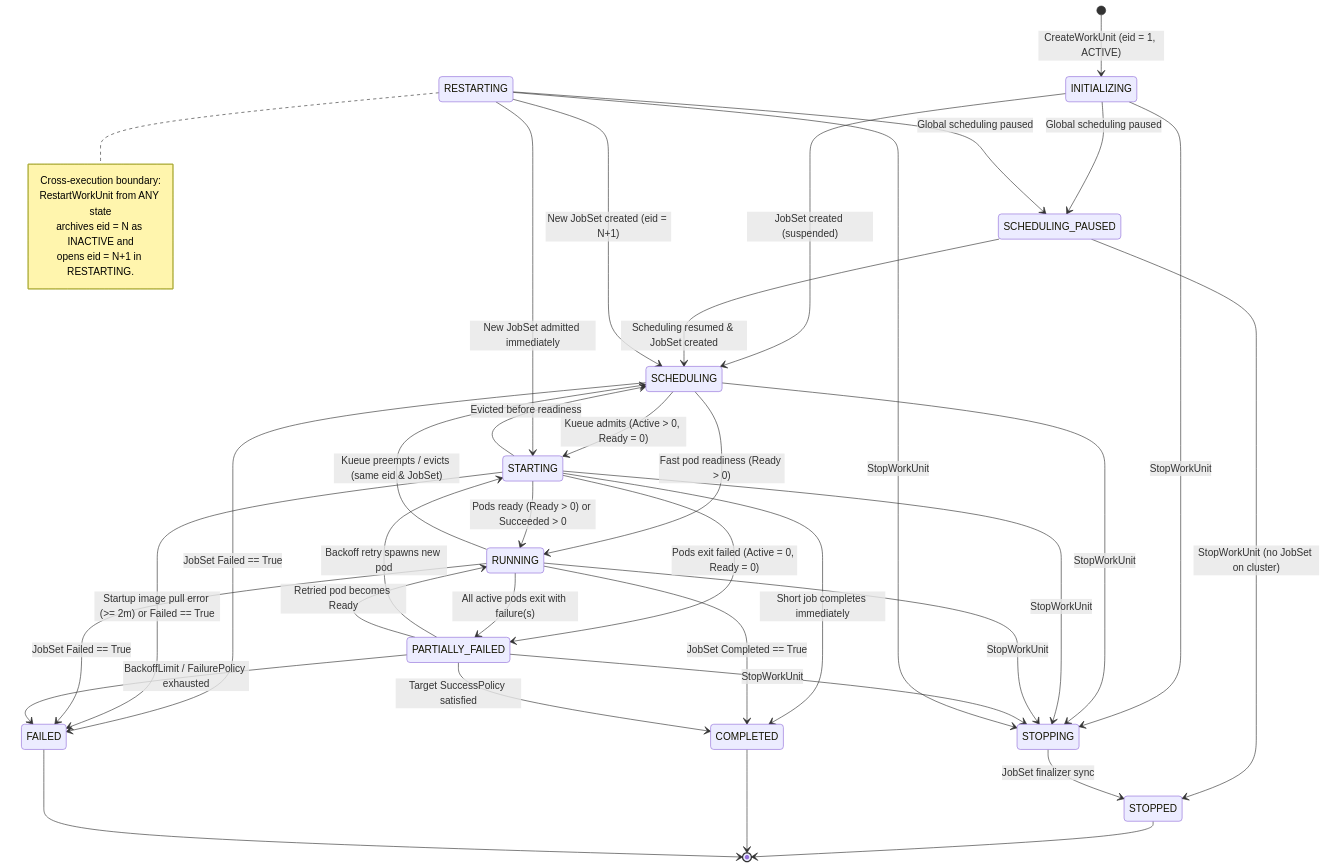
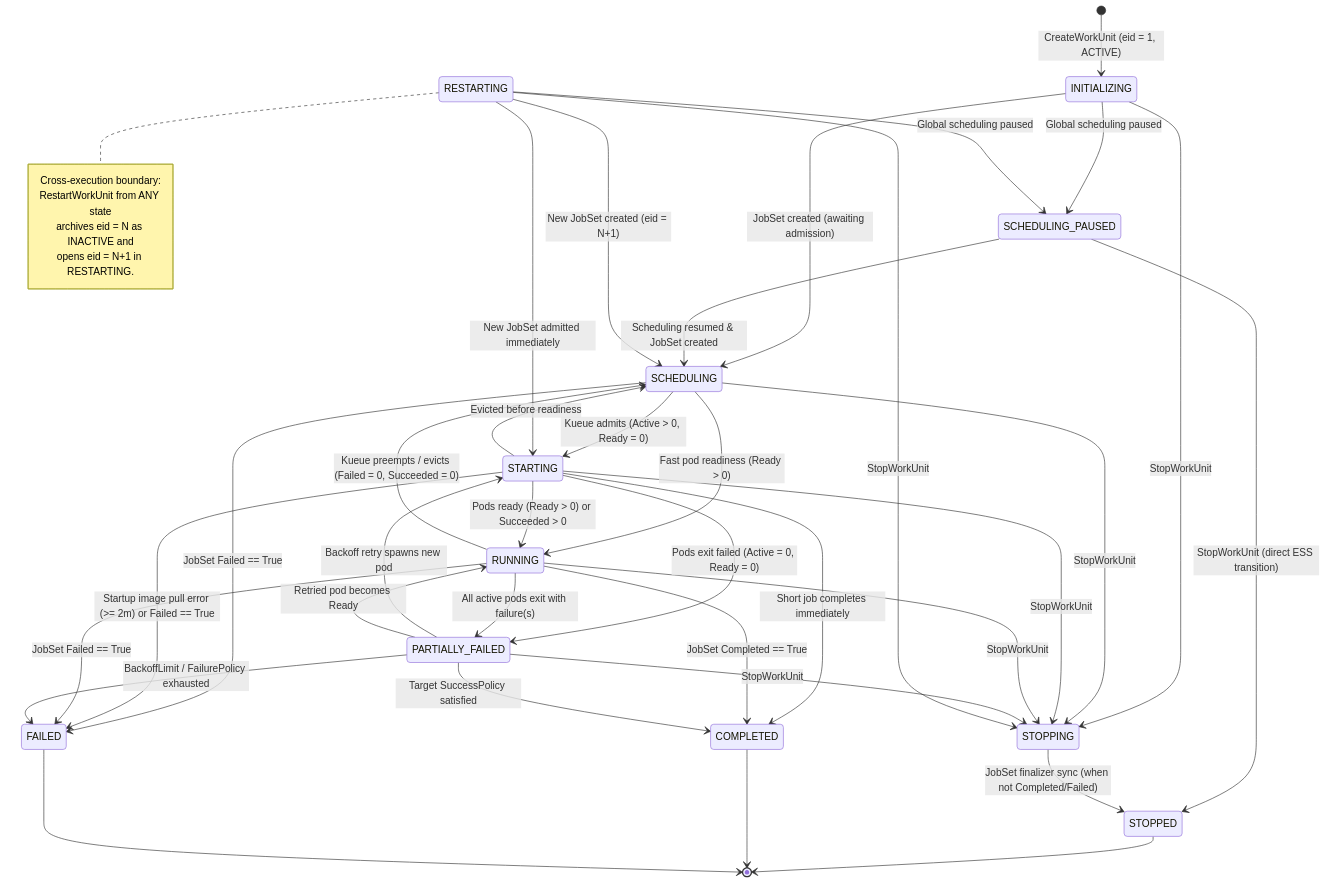
One commit to google/xmc changed the third of 8 diagrams in docs/architecture/jobset_and_work_unit_states.md. Above: the diagram before and after it, drawn with Mermaid. The commit also changed other lines of this file, not shown here.

First line of the commit message:
docs(architecture): address PR #1411 review comments on state mapping doc

````diff
--- a/docs/architecture/jobset_and_work_unit_states.md
+++ b/docs/architecture/jobset_and_work_unit_states.md
@@ -252,52 +286,52 @@
 ```mermaid
 stateDiagram-v2
     [*] --> INITIALIZING: CreateWorkUnit (eid = 1, ACTIVE)
 
-    INITIALIZING --> SCHEDULING: JobSet created (suspended)
+    INITIALIZING --> SCHEDULING: JobSet created (awaiting admission)
     INITIALIZING --> SCHEDULING_PAUSED: Global scheduling paused
     SCHEDULING_PAUSED --> SCHEDULING: Scheduling resumed & JobSet created
-    SCHEDULING_PAUSED --> STOPPED: StopWorkUnit (no JobSet on cluster)
+    SCHEDULING_PAUSED --> STOPPED: StopWorkUnit (direct ESS transition)
 
     SCHEDULING --> STARTING: Kueue admits (Active > 0, Ready = 0)
     SCHEDULING --> RUNNING: Fast pod readiness (Ready > 0)
     SCHEDULING --> FAILED: JobSet Failed == True
 
     STARTING --> RUNNING: Pods ready (Ready > 0) or Succeeded > 0
     STARTING --> PARTIALLY_FAILED: Pods exit failed (Active = 0, Ready = 0)
     STARTING --> SCHEDULING: Evicted before readiness
     STARTING --> FAILED: Startup image pull error (>= 2m) or Failed == True
     STARTING --> COMPLETED: Short job completes immediately
 
     RUNNING --> PARTIALLY_FAILED: All active pods exit with failure(s)
-    RUNNING --> SCHEDULING: Kueue preempts / evicts (same eid & JobSet)
+    RUNNING --> SCHEDULING: Kueue preempts / evicts (Failed = 0, Succeeded = 0)
     RUNNING --> COMPLETED: JobSet Completed == True
     RUNNING --> FAILED: JobSet Failed == True
 
     PARTIALLY_FAILED --> STARTING: Backoff retry spawns new pod
     PARTIALLY_FAILED --> RUNNING: Retried pod becomes Ready
     PARTIALLY_FAILED --> COMPLETED: Target SuccessPolicy satisfied
     PARTIALLY_FAILED --> FAILED: BackoffLimit / FailurePolicy exhausted
 
     INITIALIZING --> STOPPING: StopWorkUnit
     SCHEDULING --> STOPPING: StopWorkUnit
     STARTING --> STOPPING: StopWorkUnit
     RUNNING --> STOPPING: StopWorkUnit
     PARTIALLY_FAILED --> STOPPING: StopWorkUnit
     RESTARTING --> STOPPING: StopWorkUnit
-    STOPPING --> STOPPED: JobSet finalizer sync
+    STOPPING --> STOPPED: JobSet finalizer sync (when not Completed/Failed)
 
     RESTARTING --> SCHEDULING_PAUSED: Global scheduling paused
     RESTARTING --> SCHEDULING: New JobSet created (eid = N+1)
     RESTARTING --> STARTING: New JobSet admitted immediately
 
     STOPPED --> [*]
     COMPLETED --> [*]
     FAILED --> [*]
 
     note right of RESTARTING
       Cross-execution boundary:
       RestartWorkUnit from ANY state
       archives eid = N as INACTIVE and
       opens eid = N+1 in RESTARTING.
     end note
 ```
````
